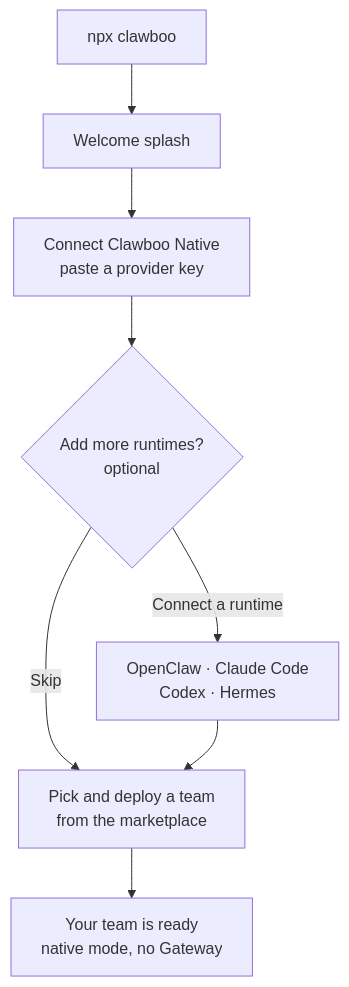
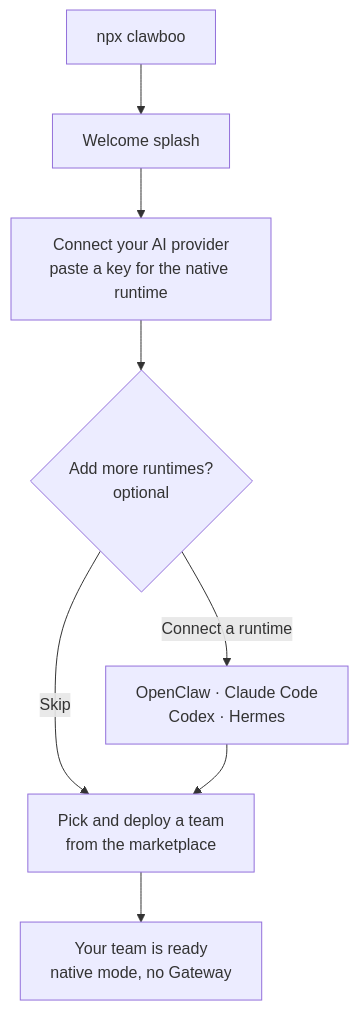
The diagram in docs/getting-started/index.md (clawboo/clawboo), drawn with Mermaid before and after one commit. The commit also changed other lines of this file and 38 other files, not shown here.

````diff
--- a/docs/getting-started/index.md
+++ b/docs/getting-started/index.md
@@ -36,10 +36,10 @@
 ```mermaid
 flowchart TD
     A[npx clawboo] --> B[Welcome splash]
-    B --> C[Connect Clawboo Native<br/>paste a provider key]
+    B --> C[Connect your AI provider<br/>paste a key for the native runtime]
     C --> E{Add more runtimes?<br/>optional}
     E -->|Skip| H[Pick and deploy a team<br/>from the marketplace]
     E -->|Connect a runtime| F[OpenClaw · Claude Code<br/>Codex · Hermes]
     F --> H
     H --> G[Your team is ready<br/>native mode, no Gateway]
 ```
````
